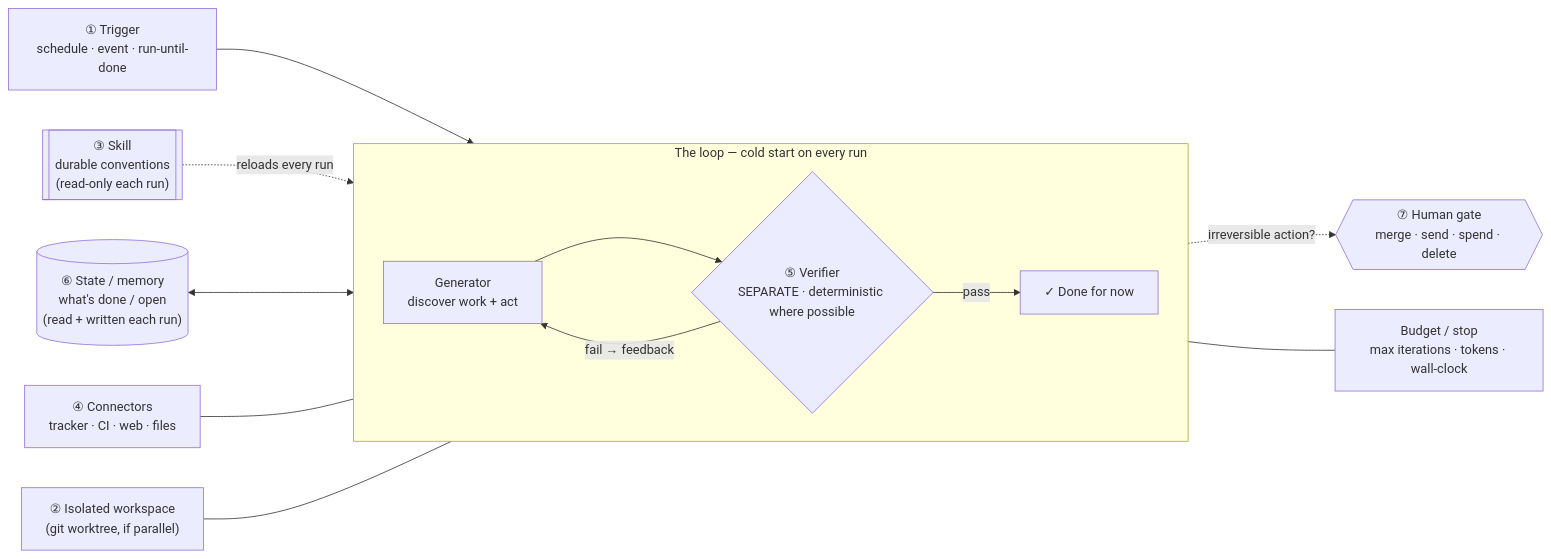
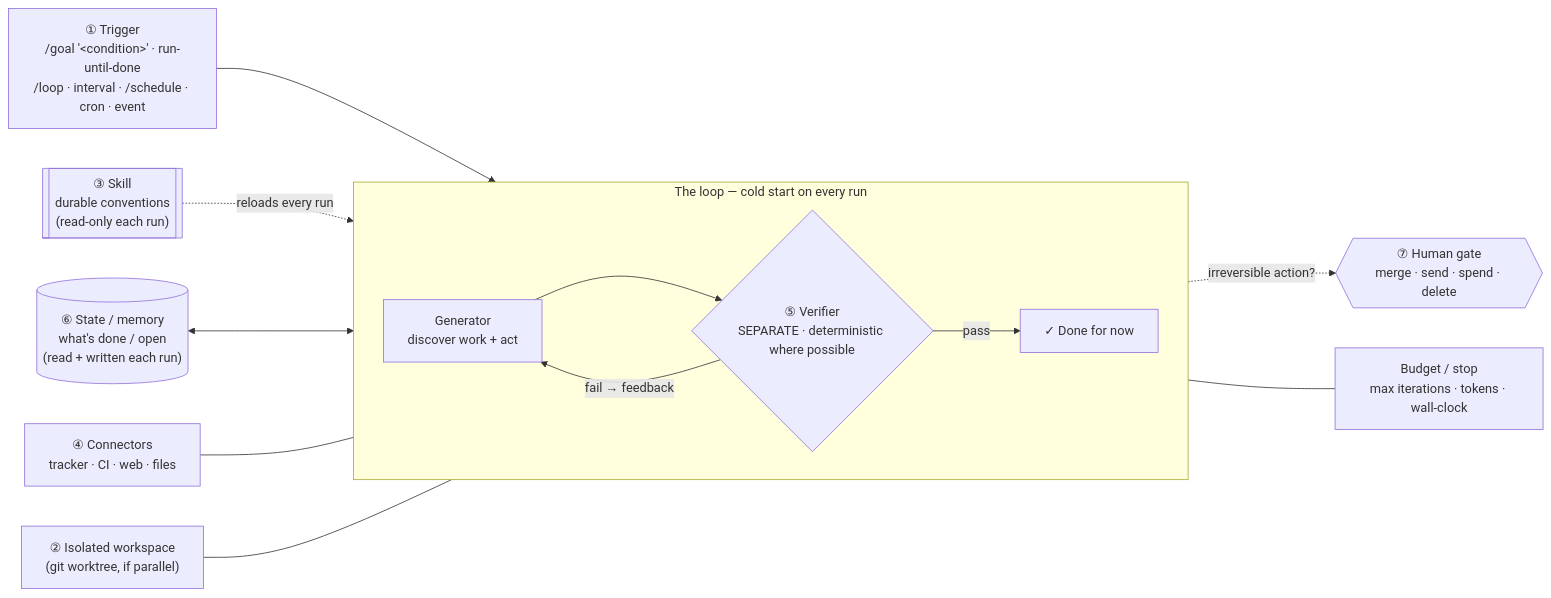
One commit to AaronLPS/loop-builder changed the second of 3 diagrams in README.md. Above: the diagram before and after it, drawn with Mermaid. The commit also changed other lines of this file, not shown here.

First line of the commit message:
README: show /goal and /loop in the diagram; explain running a scaffolded loop

````diff
--- a/README.md
+++ b/README.md
@@ -67,19 +67,19 @@
 ```mermaid
 flowchart LR
-    TRG["① Trigger<br/>schedule · event · run-until-done"] --> GEN
+    TRG["① Trigger<br/>/goal '&lt;condition&gt;' · run-until-done<br/>/loop · interval · /schedule · cron · event"] --> GEN
 
     subgraph LOOP["The loop — cold start on every run"]
         direction LR
         GEN["Generator<br/>discover work + act"] --> VER{"⑤ Verifier<br/>SEPARATE · deterministic where possible"}
         VER -- "fail → feedback" --> GEN
         VER -- "pass" --> DONE["✓ Done for now"]
     end
 
     SKILL[["③ Skill<br/>durable conventions<br/>(read-only each run)"]] -. "reloads every run" .-> GEN
     STATE[("⑥ State / memory<br/>what's done / open<br/>(read + written each run)")] <--> GEN
     CONN["④ Connectors<br/>tracker · CI · web · files"] --- GEN
     WT["② Isolated workspace<br/>(git worktree, if parallel)"] --- GEN
 
     GEN -. "irreversible action?" .-> GATE{{"⑦ Human gate<br/>merge · send · spend · delete"}}
     LOOP --- BUD["Budget / stop<br/>max iterations · tokens · wall-clock"]
 ```
````
